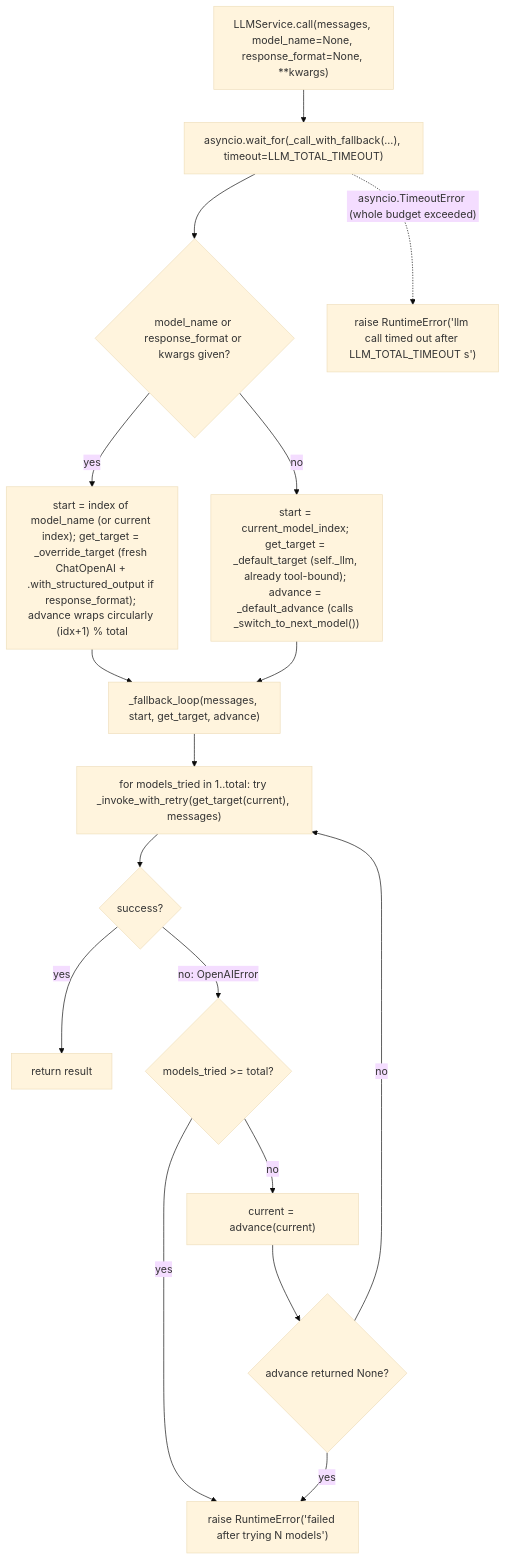
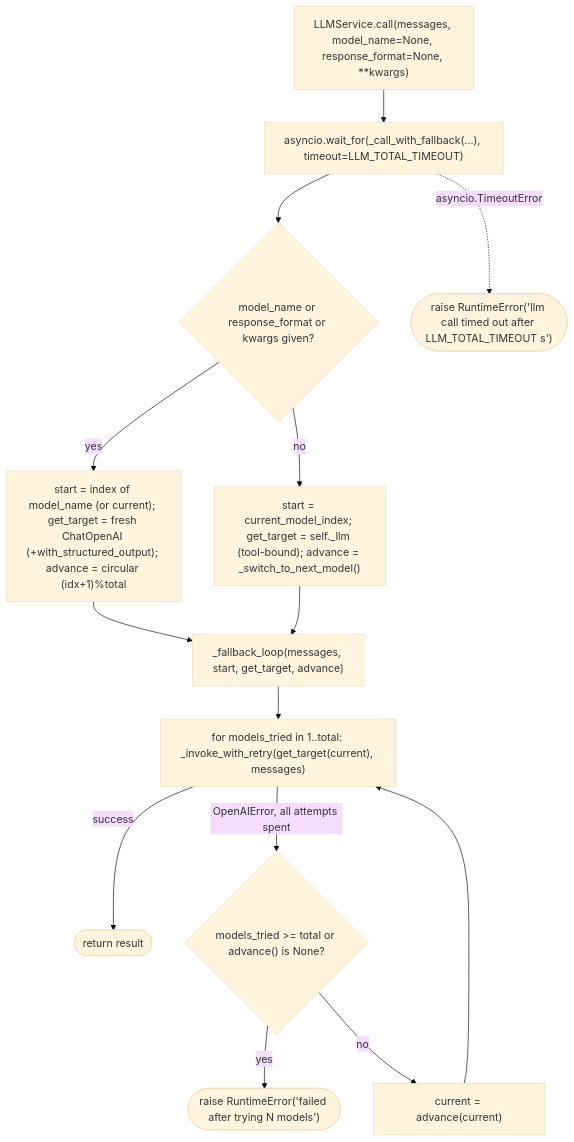
Diagram 13 of 18 in dataflow.md (yashwilk/Craster_ChatBot), drawn with Mermaid (base theme) before and after one commit. The commit also changed other lines of this file, not shown here.

````diff
--- a/dataflow.md
+++ b/dataflow.md
@@ -350,19 +432,16 @@
 ```mermaid
 flowchart TD
     A["LLMService.call(messages, model_name=None, response_format=None, **kwargs)"] --> B["asyncio.wait_for(_call_with_fallback(...), timeout=LLM_TOTAL_TIMEOUT)"]
     B --> C{"model_name or response_format or kwargs given?"}
-    C -- yes --> D["start = index of model_name (or current index); get_target = _override_target (fresh ChatOpenAI + .with_structured_output if response_format); advance wraps circularly (idx+1) % total"]
-    C -- no --> E["start = current_model_index; get_target = _default_target (self._llm, already tool-bound); advance = _default_advance (calls _switch_to_next_model())"]
+    C -- yes --> D["start = index of model_name (or current); get_target = fresh ChatOpenAI (+with_structured_output); advance = circular (idx+1)%total"]
+    C -- no --> E["start = current_model_index; get_target = self._llm (tool-bound); advance = _switch_to_next_model()"]
     D --> F["_fallback_loop(messages, start, get_target, advance)"]
     E --> F
-    F --> G["for models_tried in 1..total: try _invoke_with_retry(get_target(current), messages)"]
-    G --> H{"success?"}
-    H -- yes --> I["return result"]
-    H -- no: OpenAIError --> J{"models_tried >= total?"}
-    J -- yes --> K["raise RuntimeError('failed after trying N models')"]
-    J -- no --> L["current = advance(current)"]
-    L --> M{"advance returned None?"}
-    M -- yes --> K
-    M -- no --> G
-    B -.->|"asyncio.TimeoutError (whole budget exceeded)"| N["raise RuntimeError('llm call timed out after LLM_TOTAL_TIMEOUT s')"]
+    F --> G["for models_tried in 1..total: _invoke_with_retry(get_target(current), messages)"]
+    G -->|"success"| H(["return result"])
+    G -->|"OpenAIError, all attempts spent"| I{"models_tried >= total or advance() is None?"}
+    I -- yes --> J(["raise RuntimeError('failed after trying N models')"])
+    I -- no --> K["current = advance(current)"]
+    K --> G
+    B -.->|"asyncio.TimeoutError"| L(["raise RuntimeError('llm call timed out after LLM_TOTAL_TIMEOUT s')"])
 ```
````
